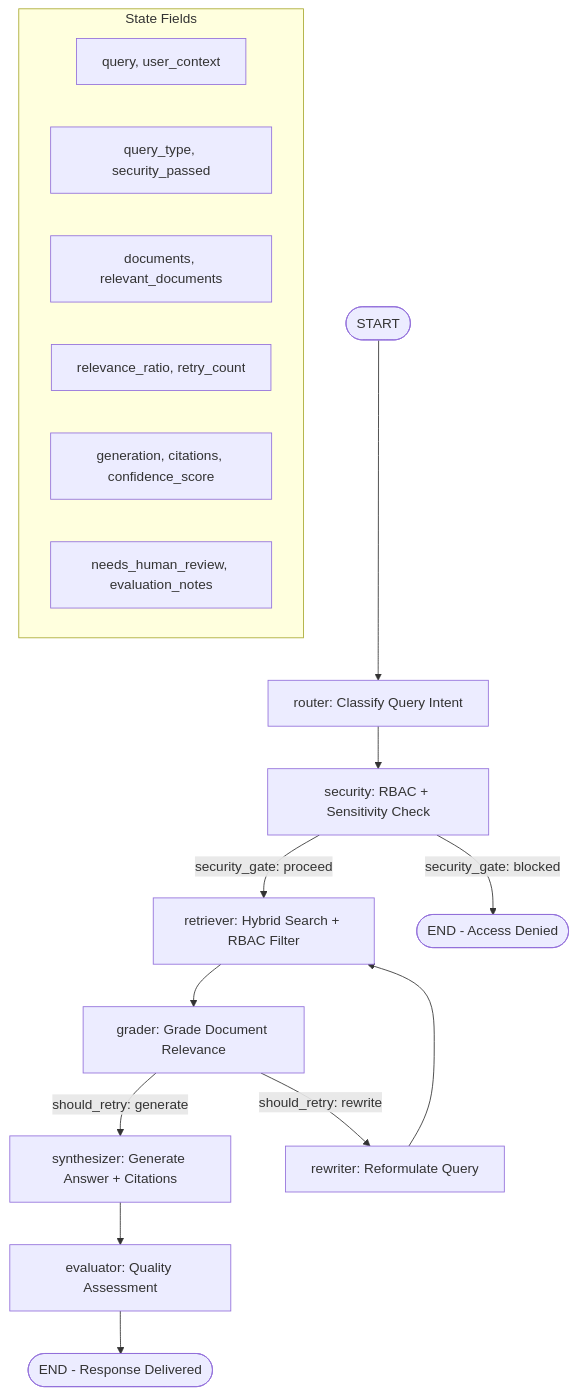
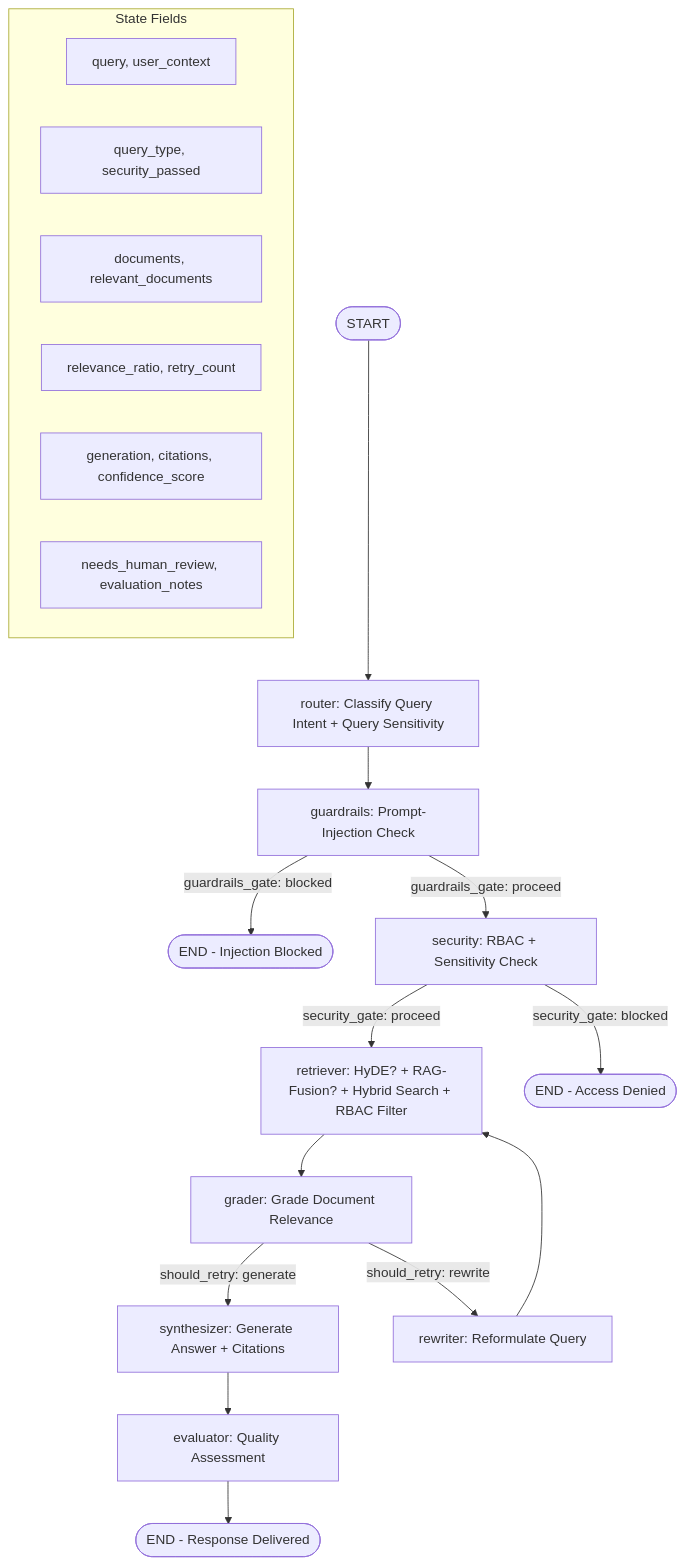
Before and after one commit to moazmo/secureagentrag: the second of 3 diagrams in architecture.md, drawn with Mermaid. The commit also changed other lines of this file and 2 other files, not shown here.

First line of the commit message:
docs: ADR-011..017 + arch diagram + README key features refresh

````diff
--- a/architecture.md
+++ b/architecture.md
@@ -140,29 +151,32 @@
 ```mermaid
 graph TB
-    START([START]) --> RouterNode[router: Classify Query Intent]
+    START([START]) --> RouterNode[router: Classify Query Intent + Query Sensitivity]
 
-    RouterNode --> SecurityNode[security: RBAC + Sensitivity Check]
+    RouterNode --> GuardrailsNode[guardrails: Prompt-Injection Check]
 
-    SecurityNode -->|security_gate: proceed| RetrieverNode[retriever: Hybrid Search + RBAC Filter]
+    GuardrailsNode -->|guardrails_gate: blocked| END_INJ([END - Injection Blocked])
+    GuardrailsNode -->|guardrails_gate: proceed| SecurityNode[security: RBAC + Sensitivity Check]
+
+    SecurityNode -->|security_gate: proceed| RetrieverNode[retriever: HyDE? + RAG-Fusion? + Hybrid Search + RBAC Filter]
     SecurityNode -->|security_gate: blocked| END_BLOCKED([END - Access Denied])
 
     RetrieverNode --> GraderNode[grader: Grade Document Relevance]
 
     GraderNode -->|should_retry: generate| SynthNode[synthesizer: Generate Answer + Citations]
     GraderNode -->|should_retry: rewrite| RewriterNode[rewriter: Reformulate Query]
 
     RewriterNode --> RetrieverNode
 
     SynthNode --> EvalNode[evaluator: Quality Assessment]
     EvalNode --> END_SUCCESS([END - Response Delivered])
 
     subgraph State Fields
         direction LR
         S1[query, user_context]
         S2[query_type, security_passed]
         S3[documents, relevant_documents]
         S4[relevance_ratio, retry_count]
         S5[generation, citations, confidence_score]
         S6[needs_human_review, evaluation_notes]
     end
 ```
````
